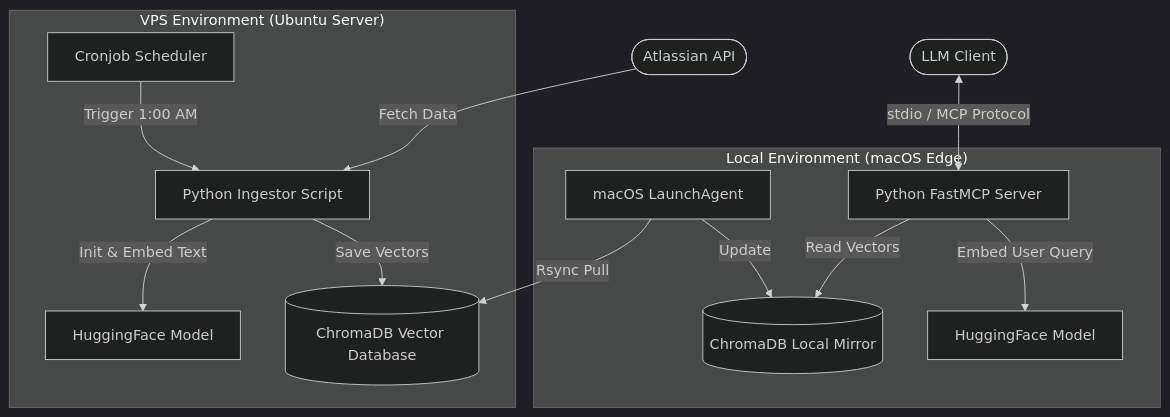
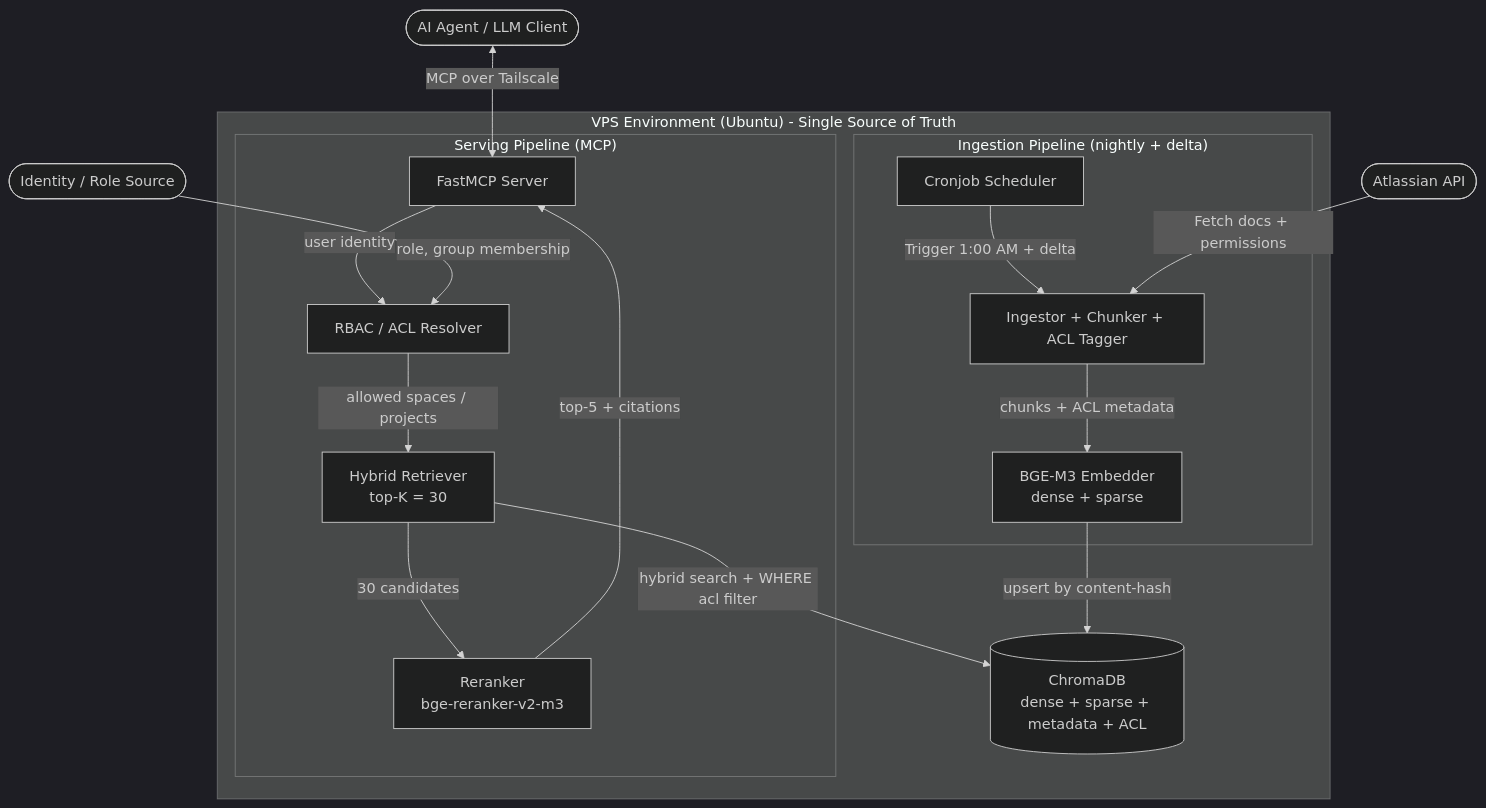
The second of 5 diagrams in README.md (cachep-xidau/MCP-server), drawn with Mermaid (dark theme) before and after one commit. The commit also changed other lines of this file, not shown here.

First line of the commit message:
refactor(architecture): consolidate to VPS-only RAG with RBAC/ACL and reranking

````diff
--- a/README.md
+++ b/README.md
@@ -37,28 +41,30 @@
 ```mermaid
 graph TB
-    subgraph "VPS Environment (Ubuntu Server)"
-        Cron[Cronjob Scheduler]
-        Ingestor[Python Ingestor Script]
-        HF_Model_VPS[HuggingFace Model]
-        DB_VPS[(ChromaDB Vector Database)]
-        
-        Cron -->|Trigger 1:00 AM| Ingestor
-        Ingestor -->|Init & Embed Text| HF_Model_VPS
-        Ingestor -->|Save Vectors| DB_VPS
+    subgraph VPS["VPS Environment (Ubuntu) - Single Source of Truth"]
+        subgraph ING["Ingestion Pipeline (nightly + delta)"]
+            Cron[Cronjob Scheduler]
+            Ingestor[Ingestor + Chunker + ACL Tagger]
+            Embedder[BGE-M3 Embedder<br/>dense + sparse]
+        end
+        DB[(ChromaDB<br/>dense + sparse + metadata + ACL)]
+        subgraph SRV["Serving Pipeline (MCP)"]
+            MCP[FastMCP Server]
+            RBAC[RBAC / ACL Resolver]
+            Retriever[Hybrid Retriever<br/>top-K = 30]
+            Reranker[Reranker<br/>bge-reranker-v2-m3]
+        end
+
+        Cron -->|Trigger 1:00 AM + delta| Ingestor
+        Ingestor -->|chunks + ACL metadata| Embedder
+        Embedder -->|upsert by content-hash| DB
+        MCP -->|user identity| RBAC
+        RBAC -->|allowed spaces / projects| Retriever
+        Retriever -->|hybrid search + WHERE acl filter| DB
+        Retriever -->|30 candidates| Reranker
+        Reranker -->|top-5 + citations| MCP
     end
 
-    subgraph "Local Environment (macOS Edge)"
-        SyncAgent[macOS LaunchAgent]
-        DB_Local[(ChromaDB Local Mirror)]
-        MCP_Server[Python FastMCP Server]
-        HF_Model_Local[HuggingFace Model]
-        
-        SyncAgent -->|Rsync Pull| DB_VPS
-        SyncAgent -->|Update| DB_Local
-        MCP_Server -->|Read Vectors| DB_Local
-        MCP_Server -->|Embed User Query| HF_Model_Local
-    end
-
-    Atlassian_Ext([Atlassian API]) -->|Fetch Data| Ingestor
-    LLM_Client([LLM Client]) <-->|stdio / MCP Protocol| MCP_Server
+    Atlassian([Atlassian API]) -->|Fetch docs + permissions| Ingestor
+    IdP([Identity / Role Source]) -->|role, group membership| RBAC
+    LLM([AI Agent / LLM Client]) <-->|MCP over Tailscale| MCP
 ```
````
